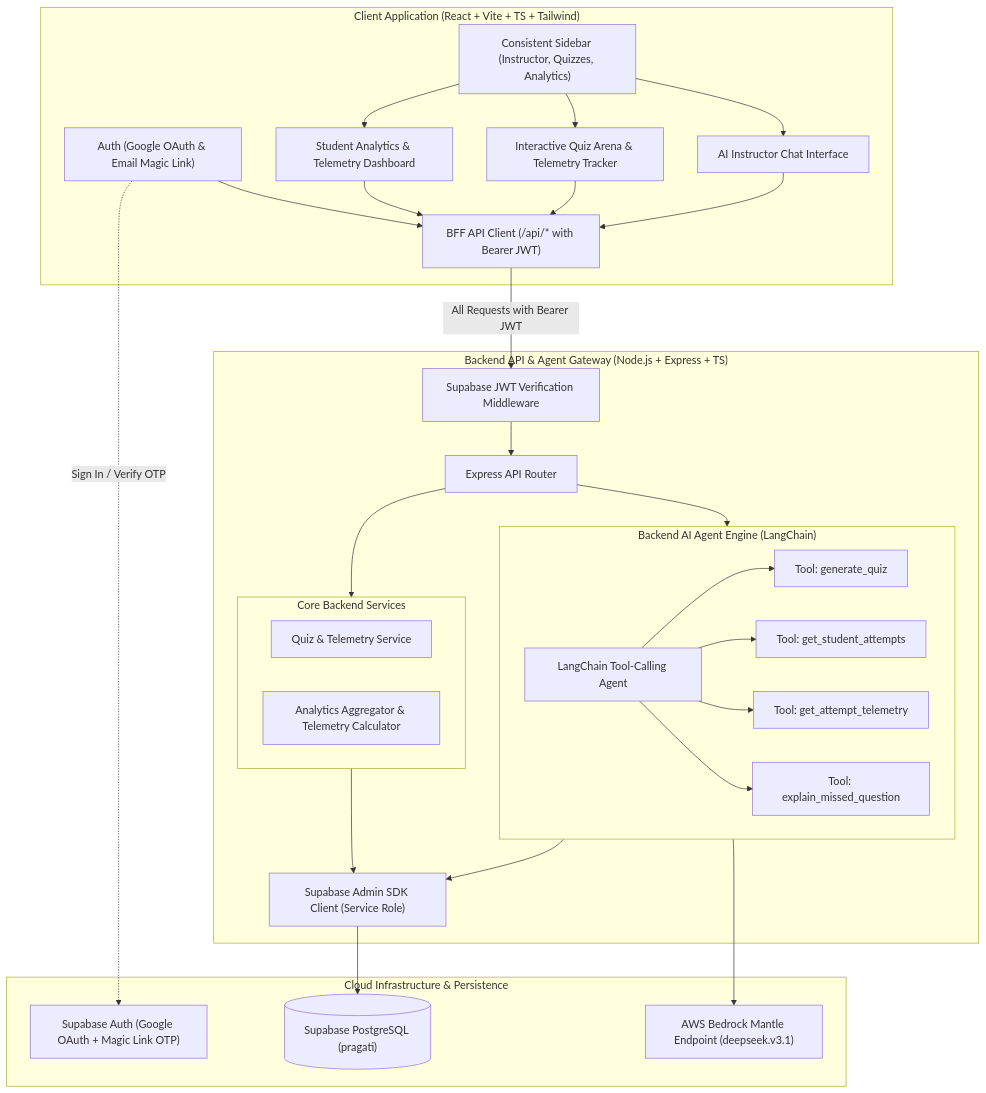
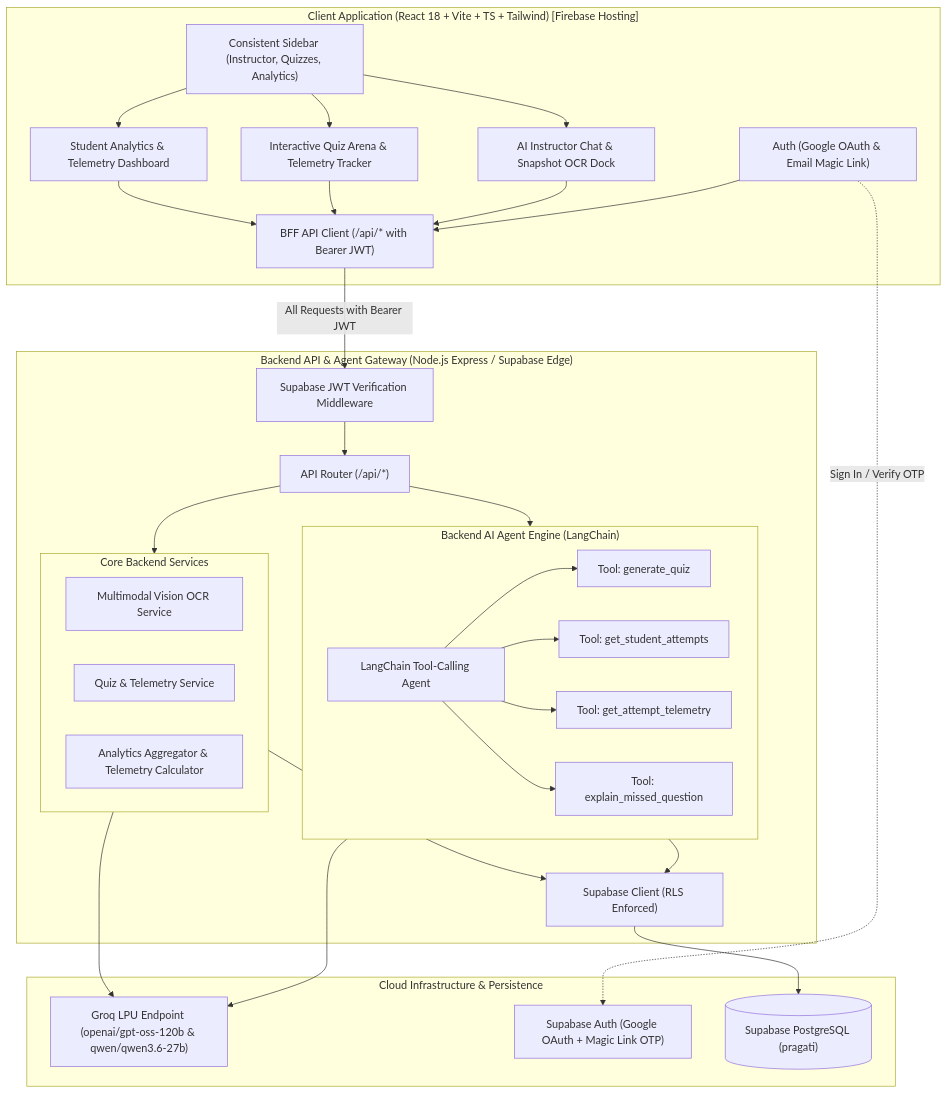
One commit to aadisthunder/pragati changed the first of 2 diagrams in docs/architecture.md. Above: the diagram before and after it, drawn with Mermaid. The commit also changed other lines of this file, not shown here.

Commit message:
docs: synchronize architecture spec with Groq LPU inference, vision OCR, and production infra

````diff
--- a/docs/architecture.md
+++ b/docs/architecture.md
@@ -11,52 +11,54 @@
 ```mermaid
 graph TD
-    subgraph Client ["Client Application (React + Vite + TS + Tailwind)"]
+    subgraph Client ["Client Application (React 18 + Vite + TS + Tailwind) [Firebase Hosting]"]
         AuthView["Auth (Google OAuth & Email Magic Link)"]
         Sidebar["Consistent Sidebar (Instructor, Quizzes, Analytics)"]
-        InstructorUI["AI Instructor Chat Interface"]
+        InstructorUI["AI Instructor Chat & Snapshot OCR Dock"]
         QuizUI["Interactive Quiz Arena & Telemetry Tracker"]
         AnalyticsUI["Student Analytics & Telemetry Dashboard"]
         APIClient["BFF API Client (/api/* with Bearer JWT)"]
         
         AuthView --> APIClient
         Sidebar --> InstructorUI & QuizUI & AnalyticsUI
         InstructorUI & QuizUI & AnalyticsUI --> APIClient
     end
 
-    subgraph Server ["Backend API & Agent Gateway (Node.js + Express + TS)"]
+    subgraph Backend ["Backend API & Agent Gateway (Node.js Express / Supabase Edge)"]
         AuthMW["Supabase JWT Verification Middleware"]
-        Router["Express API Router"]
+        Router["API Router (/api/*)"]
         
         subgraph AgentEngine ["Backend AI Agent Engine (LangChain)"]
             LCAgent["LangChain Tool-Calling Agent"]
             Tool1["Tool: generate_quiz"]
             Tool2["Tool: get_student_attempts"]
             Tool3["Tool: get_attempt_telemetry"]
             Tool4["Tool: explain_missed_question"]
             
             LCAgent --> Tool1 & Tool2 & Tool3 & Tool4
         end
 
         subgraph CoreServices ["Core Backend Services"]
+            VisionService["Multimodal Vision OCR Service"]
             QuizService["Quiz & Telemetry Service"]
             AnalyticsService["Analytics Aggregator & Telemetry Calculator"]
         end
 
-        DBAdapter["Supabase Admin SDK Client (Service Role)"]
+        DBAdapter["Supabase Client (RLS Enforced)"]
     end
 
     subgraph CloudInfra ["Cloud Infrastructure & Persistence"]
-        BedrockMantle["AWS Bedrock Mantle Endpoint (deepseek.v3.1)"]
+        GroqLPU["Groq LPU Endpoint (openai/gpt-oss-120b & qwen/qwen3.6-27b)"]
         SupabaseAuth["Supabase Auth (Google OAuth + Magic Link OTP)"]
         SupabaseDB[("Supabase PostgreSQL (pragati)")]
     end
 
     APIClient -->|All Requests with Bearer JWT| AuthMW
     AuthMW --> Router
     Router --> AgentEngine & CoreServices
-    AgentEngine --> BedrockMantle
+    AgentEngine --> GroqLPU
+    CoreServices --> GroqLPU
     AgentEngine --> DBAdapter
     CoreServices --> DBAdapter
     DBAdapter --> SupabaseDB
     AuthView -.->|Sign In / Verify OTP| SupabaseAuth
 ```
````
